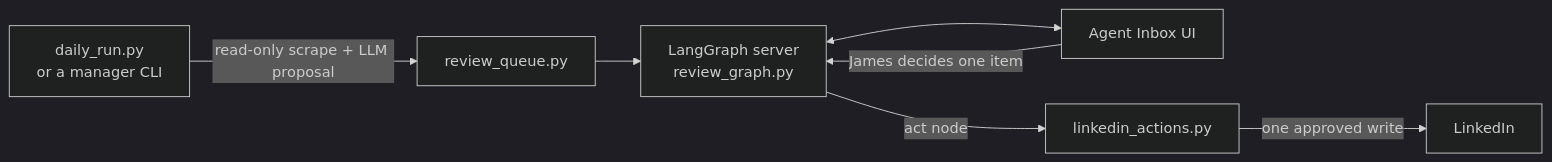
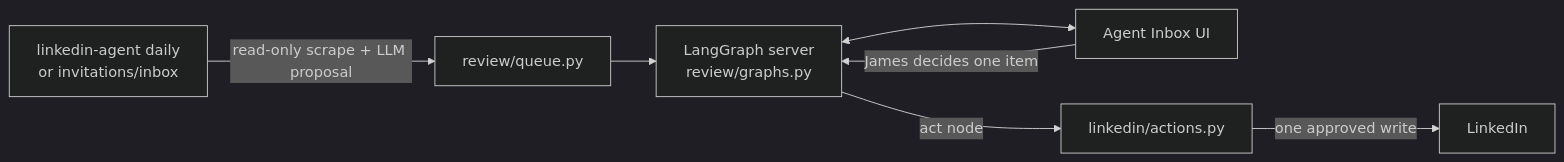
The diagram in docs/ARCHITECTURE.md (jamesmorrissey11/personal-linkedin-agent), drawn with Mermaid (dark theme) before and after one commit. The commit also changed other lines of this file and 12 other files, not shown here.

First line of the commit message:
docs: describe the linkedin_agent package layout and linkedin-agent CLI

````diff
--- a/docs/ARCHITECTURE.md
+++ b/docs/ARCHITECTURE.md
@@ -49,9 +54,9 @@
 ```mermaid
 flowchart LR
-    A[daily_run.py<br/>or a manager CLI] -->|read-only scrape + LLM proposal| B[review_queue.py]
-    B --> C[LangGraph server<br/>review_graph.py]
+    A[linkedin-agent daily<br/>or invitations/inbox] -->|read-only scrape + LLM proposal| B[review/queue.py]
+    B --> C[LangGraph server<br/>review/graphs.py]
     C <--> D[Agent Inbox UI]
     D -->|James decides one item| C
-    C -->|act node| E[linkedin_actions.py]
+    C -->|act node| E[linkedin/actions.py]
     E -->|one approved write| F[LinkedIn]
 ```
````
